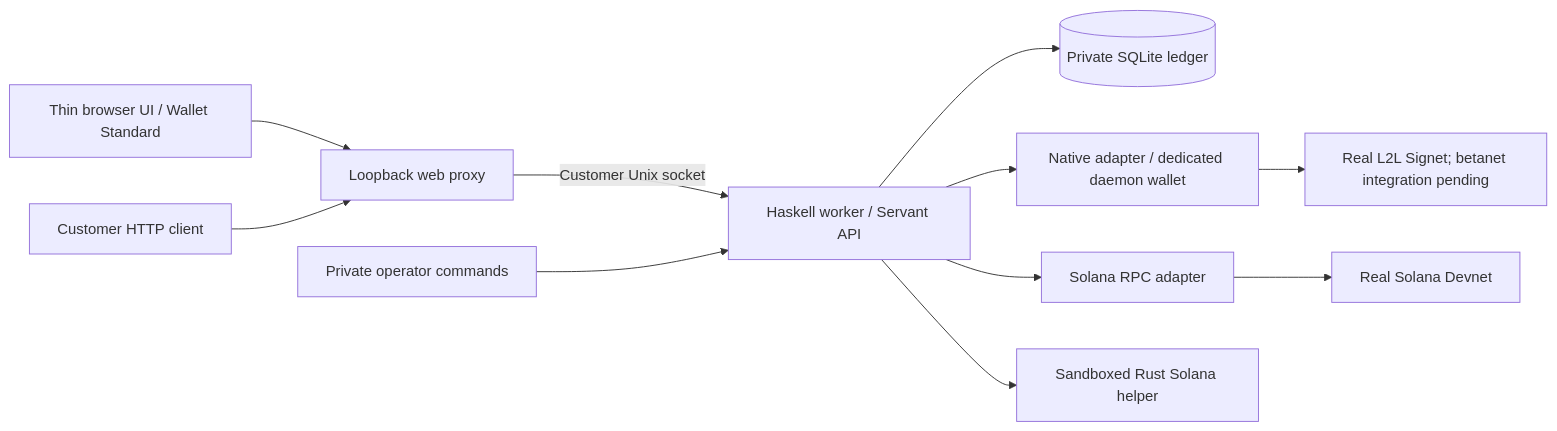
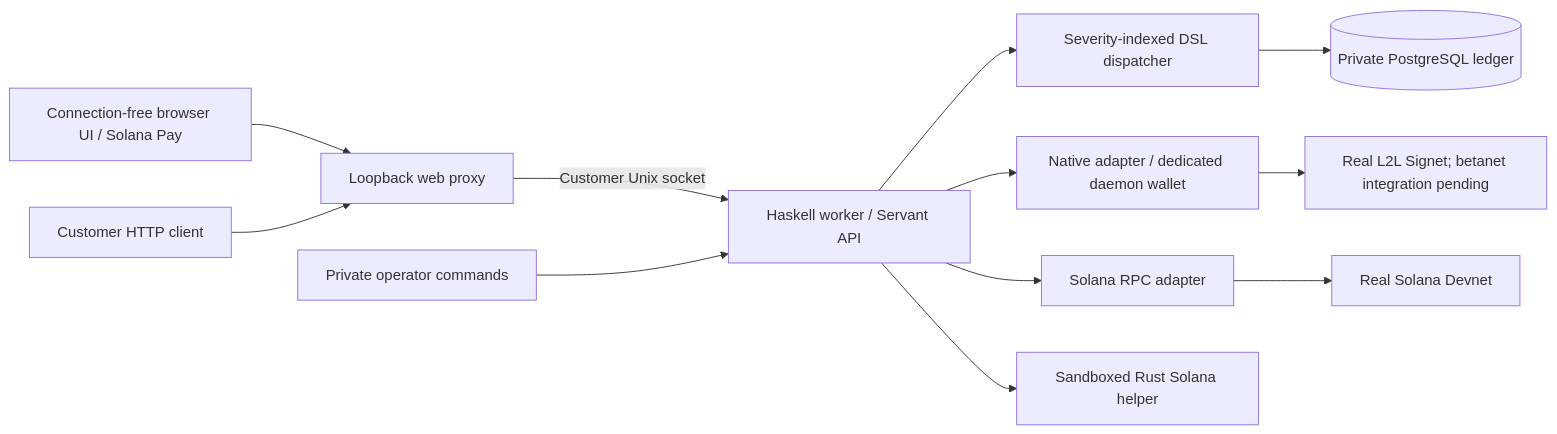
Before and after one commit to freewillydev/ecx-solana-bridge: the diagram in README.md, drawn with Mermaid. The commit also changed other lines of this file and 29 other files, not shown here.

Commit message:
Complete PostgreSQL refund recovery and private installer provisioning

````diff
--- a/README.md
+++ b/README.md
@@ -30,13 +30,14 @@
 ```mermaid
 flowchart LR
-    Browser[Thin browser UI / Wallet Standard] --> Web[Loopback web proxy]
+    Browser[Connection-free browser UI / Solana Pay] --> Web[Loopback web proxy]
     Client[Customer HTTP client] --> Web
     Web -->|Customer Unix socket| Worker[Haskell worker / Servant API]
     Operator[Private operator commands] --> Worker
-    Worker --> Ledger[(Private SQLite ledger)]
+    Worker --> Dispatcher[Severity-indexed DSL dispatcher]
+    Dispatcher --> Ledger[(Private PostgreSQL ledger)]
     Worker --> Native[Native adapter / dedicated daemon wallet]
     Worker --> Solana[Solana RPC adapter]
     Worker --> Helper[Sandboxed Rust Solana helper]
     Native --> NativeChain[Real L2L Signet; betanet integration pending]
     Solana --> SolanaChain[Real Solana Devnet]
 ```
````
